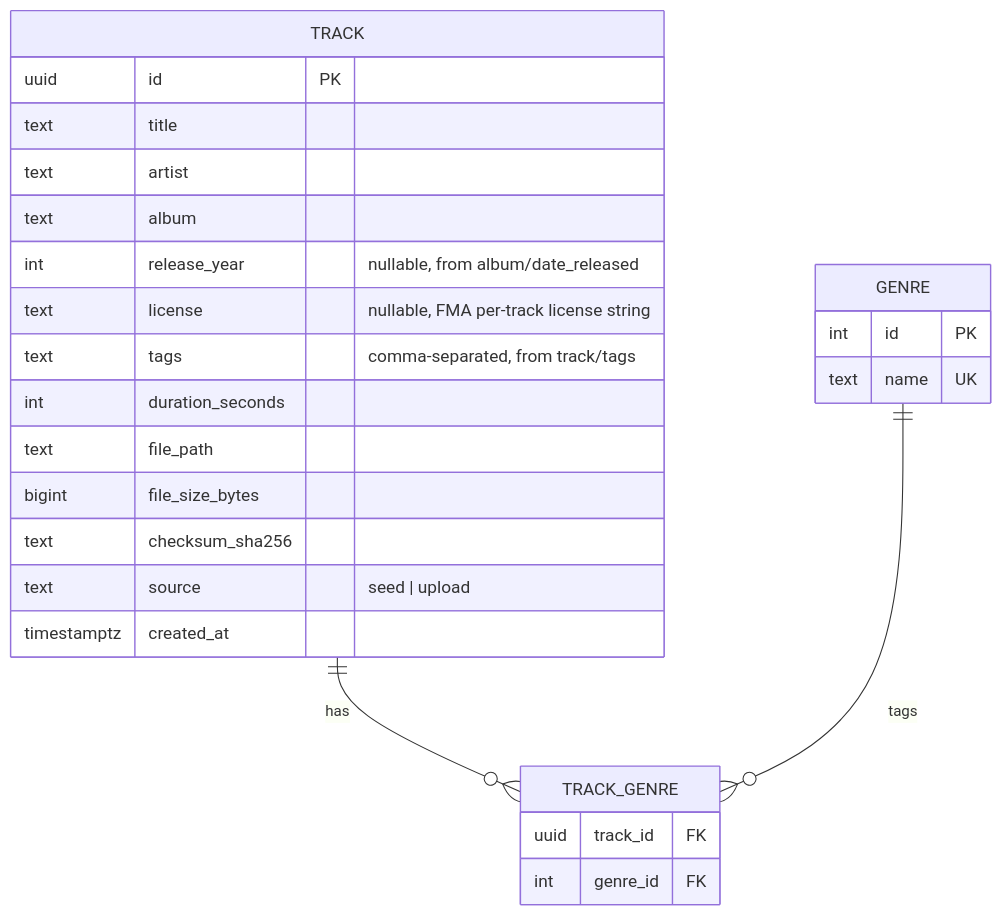
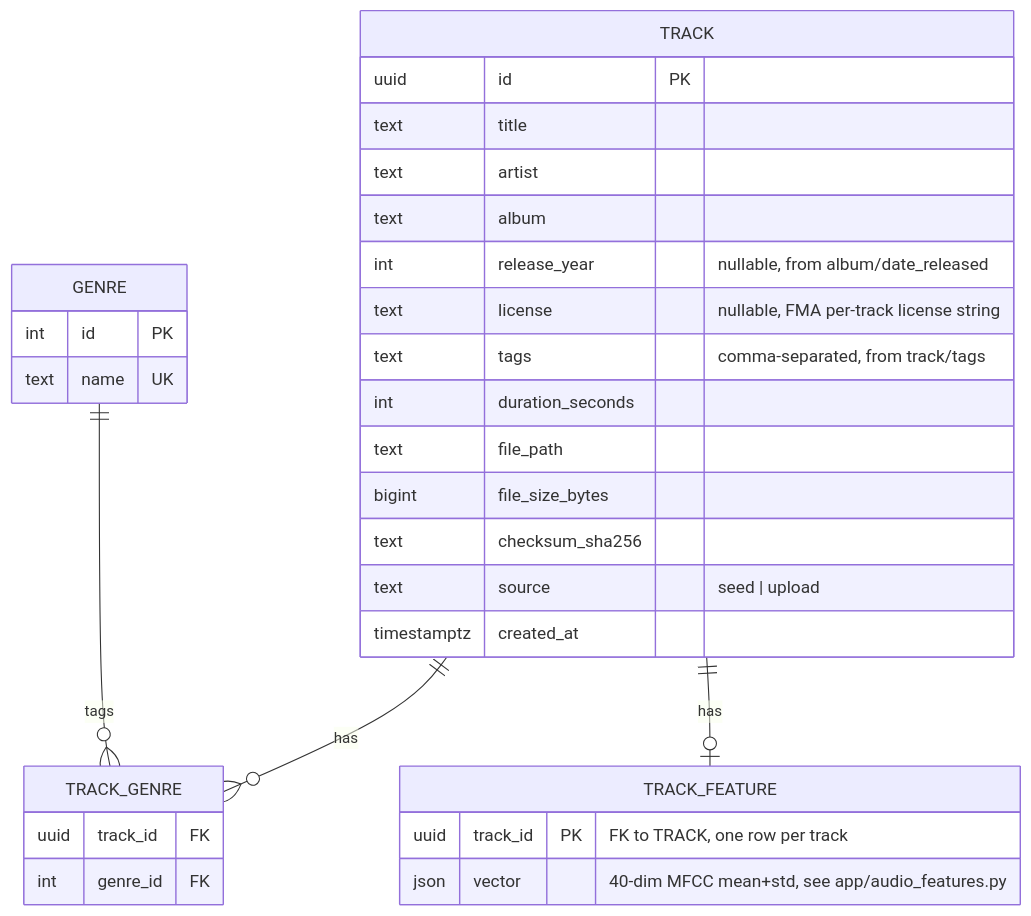
The diagram in docs/diagrams/erd-server.md (Ya5irk/eureka-music-app), drawn with Mermaid before and after one commit. The commit also changed 2 other files, not shown here.

Commit message:
docs: mark bonus features implemented in DESIGN.md, sync ERDs

````diff
--- a/docs/diagrams/erd-server.md
+++ b/docs/diagrams/erd-server.md
@@ -3,28 +3,33 @@
 ```mermaid
 erDiagram
     TRACK {
         uuid id PK
         text title
         text artist
         text album
         int  release_year "nullable, from album/date_released"
         text license "nullable, FMA per-track license string"
         text tags "comma-separated, from track/tags"
         int  duration_seconds
         text file_path
         bigint file_size_bytes
         text checksum_sha256
         text source "seed | upload"
         timestamptz created_at
     }
     GENRE {
         int id PK
         text name UK
     }
     TRACK_GENRE {
         uuid track_id FK
         int genre_id FK
     }
+    TRACK_FEATURE {
+        uuid track_id PK "FK to TRACK, one row per track"
+        json vector "40-dim MFCC mean+std, see app/audio_features.py"
+    }
     TRACK ||--o{ TRACK_GENRE : has
     GENRE ||--o{ TRACK_GENRE : tags
+    TRACK ||--o| TRACK_FEATURE : has
 ```
````
